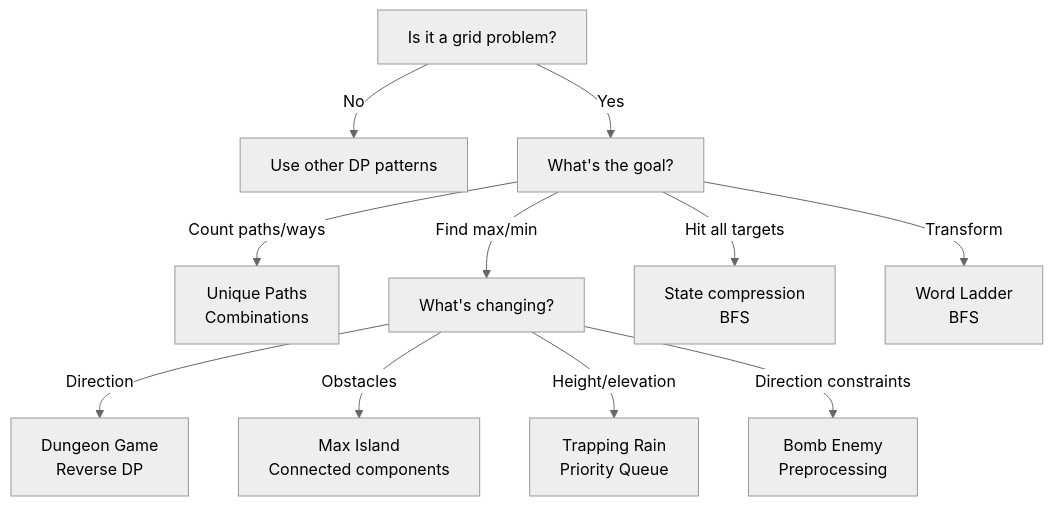
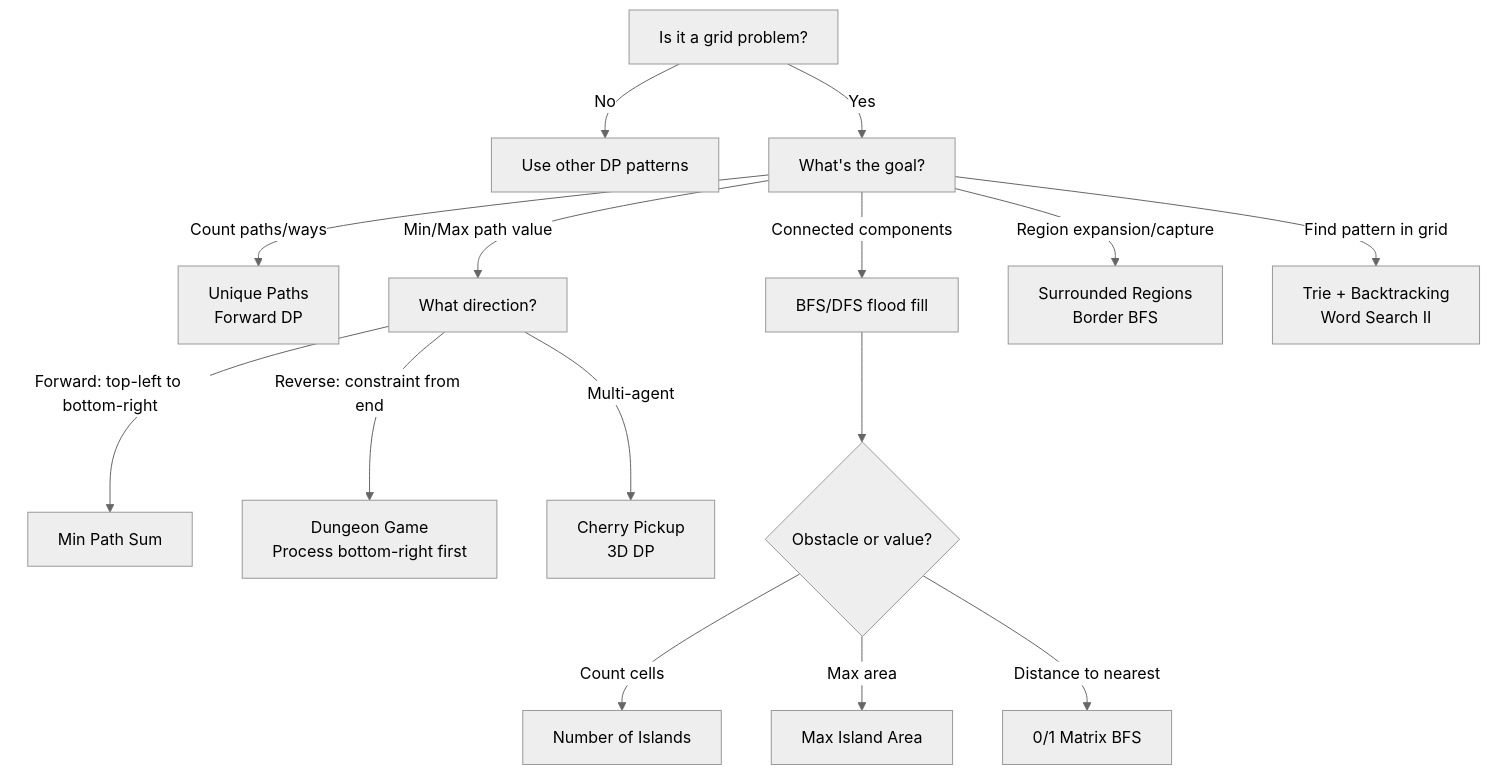
Before and after one commit to souradeepta/interviewprep: the first of 4 diagrams in docs/algorithms/dp/grid_dp_patterns.md, drawn with Mermaid (neutral theme). The commit also changed other lines of this file and 16 other files, not shown here.

````diff
--- a/docs/algorithms/dp/grid_dp_patterns.md
+++ b/docs/algorithms/dp/grid_dp_patterns.md
@@ -48,15 +18,17 @@
 ```mermaid
 graph TD
     A["Is it a grid problem?"] -->|No| B["Use other DP patterns"]
     A -->|Yes| C["What's the goal?"]
-    
-    C -->|Count paths/ways| D["Unique Paths<br/>Combinations"]
-    C -->|Find max/min| E["What's changing?"]
-    C -->|Hit all targets| F["State compression<br/>BFS"]
-    C -->|Transform | G["Word Ladder<br/>BFS"]
-    
-    E -->|Direction| H["Dungeon Game<br/>Reverse DP"]
-    E -->|Obstacles| I["Max Island<br/>Connected components"]
-    E -->|Height/elevation| J["Trapping Rain<br/>Priority Queue"]
-    E -->|Direction constraints| K["Bomb Enemy<br/>Preprocessing"]
+    C -->|Count paths/ways| D["Unique Paths<br/>Forward DP"]
+    C -->|Min/Max path value| E["What direction?"]
+    C -->|Connected components| F["BFS/DFS flood fill"]
+    C -->|Region expansion/capture| G["Surrounded Regions<br/>Border BFS"]
+    C -->|Find pattern in grid| H["Trie + Backtracking<br/>Word Search II"]
+    E -->|Forward: top-left to bottom-right| I["Min Path Sum"]
+    E -->|Reverse: constraint from end| J["Dungeon Game<br/>Process bottom-right first"]
+    E -->|Multi-agent| K["Cherry Pickup<br/>3D DP"]
+    F --> L{"Obstacle or value?"}
+    L -->|Count cells| M["Number of Islands"]
+    L -->|Max area| N["Max Island Area"]
+    L -->|Distance to nearest| O["0/1 Matrix BFS"]
 ```
````
